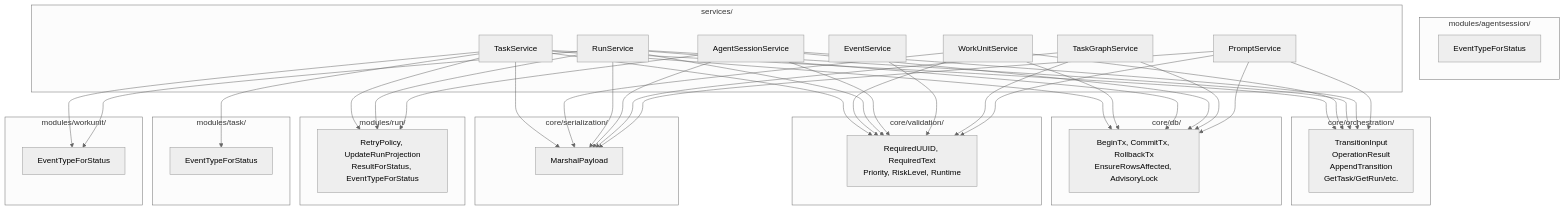
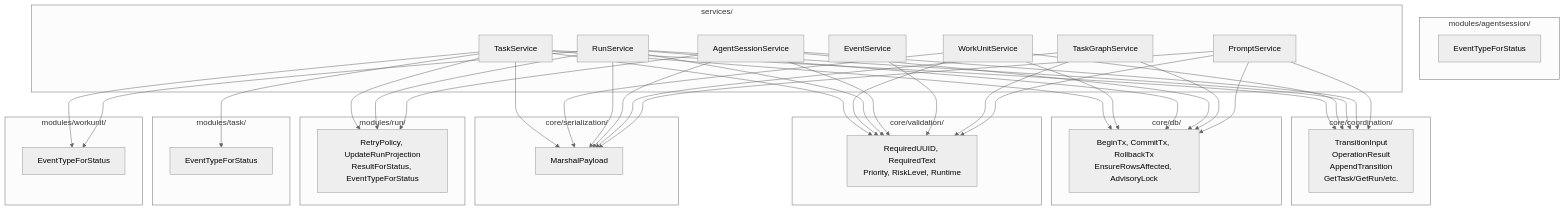
Before and after one commit to levygit837-cyber/OrchestraOS: the diagram in plan/plan-0002-slice-architeture.md, drawn with Mermaid (neutral theme). The commit also changed other lines of this file and 120 other files, not shown here.

Commit message:
ADR-0025: Standardize module structure, rename core/orchestration to core/coordination

````diff
--- a/plan/plan-0002-slice-architeture.md
+++ b/plan/plan-0002-slice-architeture.md
@@ -38,75 +38,75 @@
 ```mermaid
 graph TD
-    subgraph "core/orchestration/"
+    subgraph "core/coordination/"
         CO[TransitionInput<br>OperationResult<br>AppendTransition<br>GetTask/GetRun/etc.]
     end
 
     subgraph "core/db/"
         CD[BeginTx, CommitTx, RollbackTx<br>EnsureRowsAffected, AdvisoryLock]
     end
 
     subgraph "core/validation/"
         CV[RequiredUUID, RequiredText<br>Priority, RiskLevel, Runtime]
     end
 
     subgraph "core/serialization/"
         CS[MarshalPayload]
     end
 
     subgraph "modules/run/"
         MR[RetryPolicy, UpdateRunProjection<br>ResultForStatus, EventTypeForStatus]
     end
 
     subgraph "modules/task/"
         MT[EventTypeForStatus]
     end
 
     subgraph "modules/workunit/"
         MW[EventTypeForStatus]
     end
 
     subgraph "modules/agentsession/"
         MA[EventTypeForStatus]
     end
 
     subgraph "services/"
         TS[TaskService]
         WS[WorkUnitService]
         RS[RunService]
         AS[AgentSessionService]
         ES[EventService]
         TG[TaskGraphService]
         PS[PromptService]
     end
 
     TS --> CO
     TS --> CD
     TS --> CV
     TS --> CS
     TS --> MR
     TS --> MT
     TS --> MW
     WS --> CO
     WS --> CD
     WS --> CV
     WS --> CS
     RS --> CO
     RS --> CD
     RS --> CV
     RS --> CS
     RS --> MR
     RS --> MW
     AS --> CO
     AS --> CD
     AS --> CV
     AS --> CS
     AS --> MR
     ES --> CV
     TG --> CD
     TG --> CV
     TG --> CS
     PS --> CO
     PS --> CD
     PS --> CV
     PS --> CS
 ```
````
